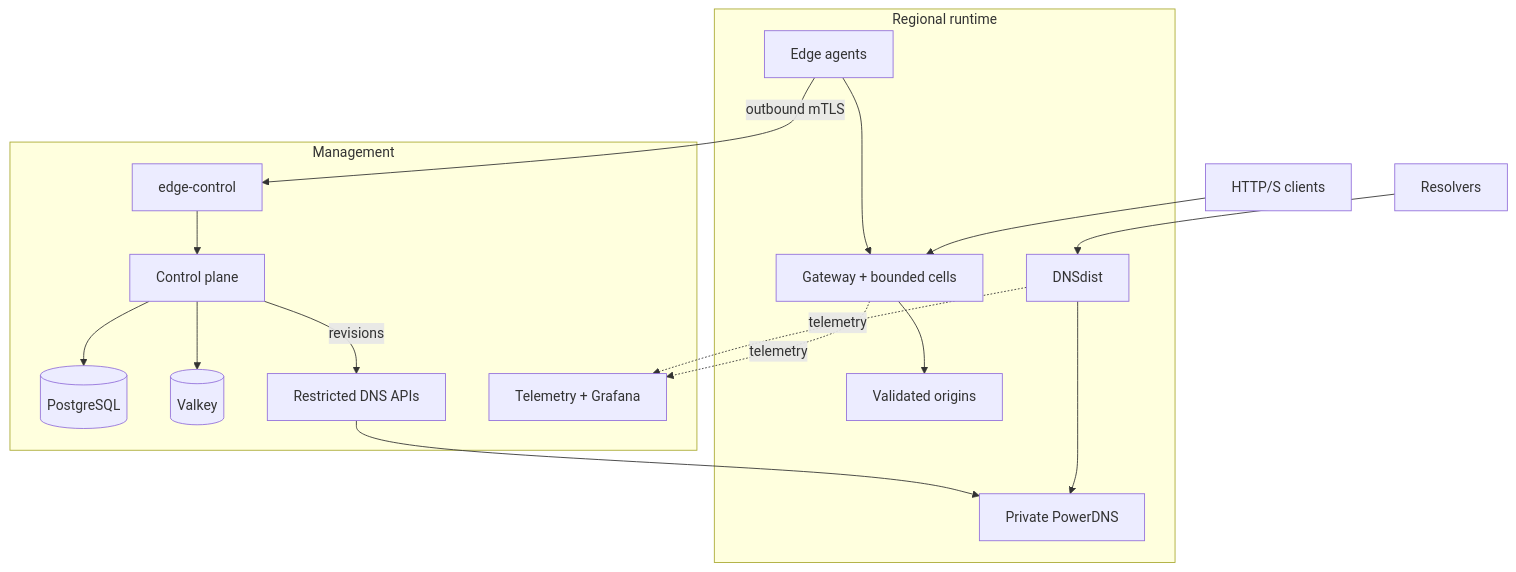
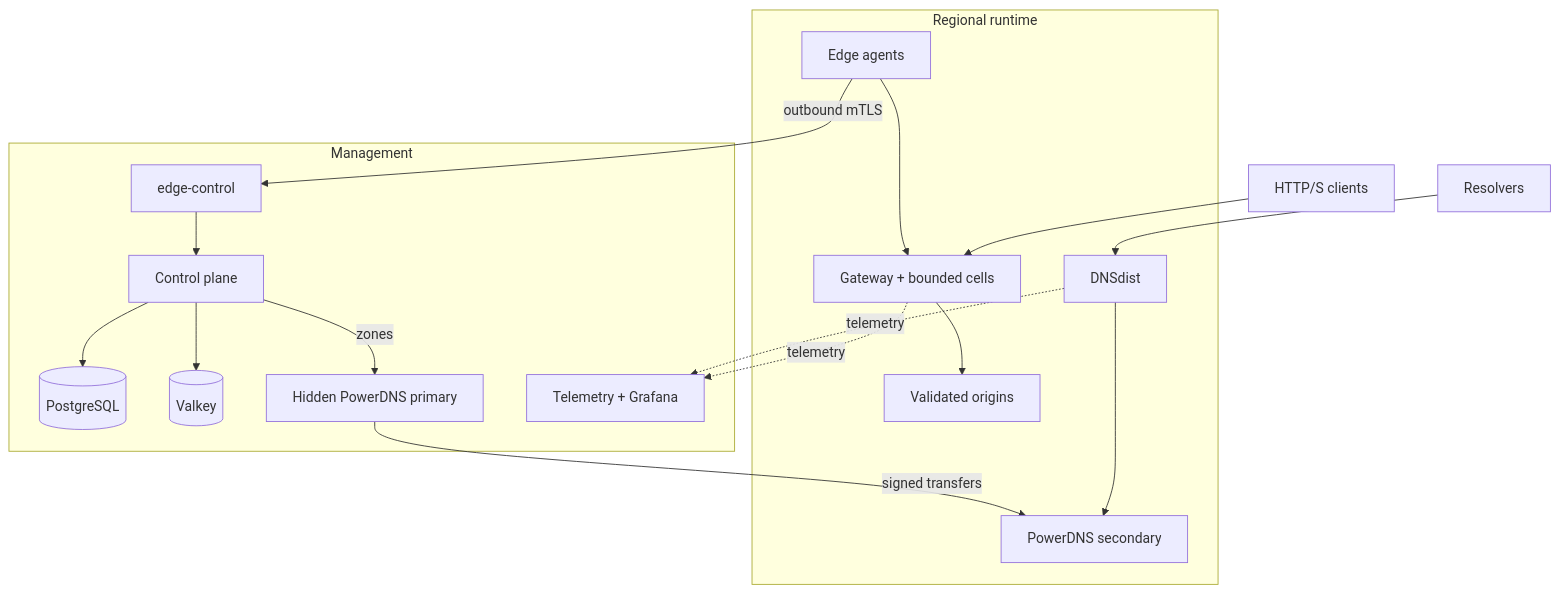
The first of 7 diagrams in docs/deployment/production-fleet.md (vaheed/CDNFoundry), drawn with Mermaid before and after one commit. The commit also changed other lines of this file and 17 other files, not shown here.

Commit message:
docs: describe the hidden primary, DNS nodes, and their operation

````diff
--- a/docs/deployment/production-fleet.md
+++ b/docs/deployment/production-fleet.md
@@ -22,20 +22,20 @@
 ```mermaid
 flowchart TB
     subgraph Management["Management"]
       CONTROL["Control plane"] --> PG[("PostgreSQL")]
       CONTROL --> V[("Valkey")]
       EDGE_CONTROL["edge-control"] --> CONTROL
-      CONTROL -->|"revisions"| DNS_API["Restricted DNS APIs"]
+      CONTROL -->|"zones"| PRIMARY["Hidden PowerDNS primary"]
       TELEMETRY["Telemetry + Grafana"]
     end
     subgraph Runtime["Regional runtime"]
       Agents["Edge agents"] -->|"outbound mTLS"| EDGE_CONTROL
       Agents --> CELLS["Gateway + bounded cells"] --> Origins["Validated origins"]
-      DNS_API --> PDNS["Private PowerDNS"]
+      PRIMARY -->|"signed transfers"| PDNS["PowerDNS secondary"]
       DNSDIST["DNSdist"] --> PDNS
     end
     Resolvers["Resolvers"] --> DNSDIST
     Clients["HTTP/S clients"] --> CELLS
     DNSDIST -. "telemetry" .-> TELEMETRY
     CELLS -. "telemetry" .-> TELEMETRY
 ```
````
